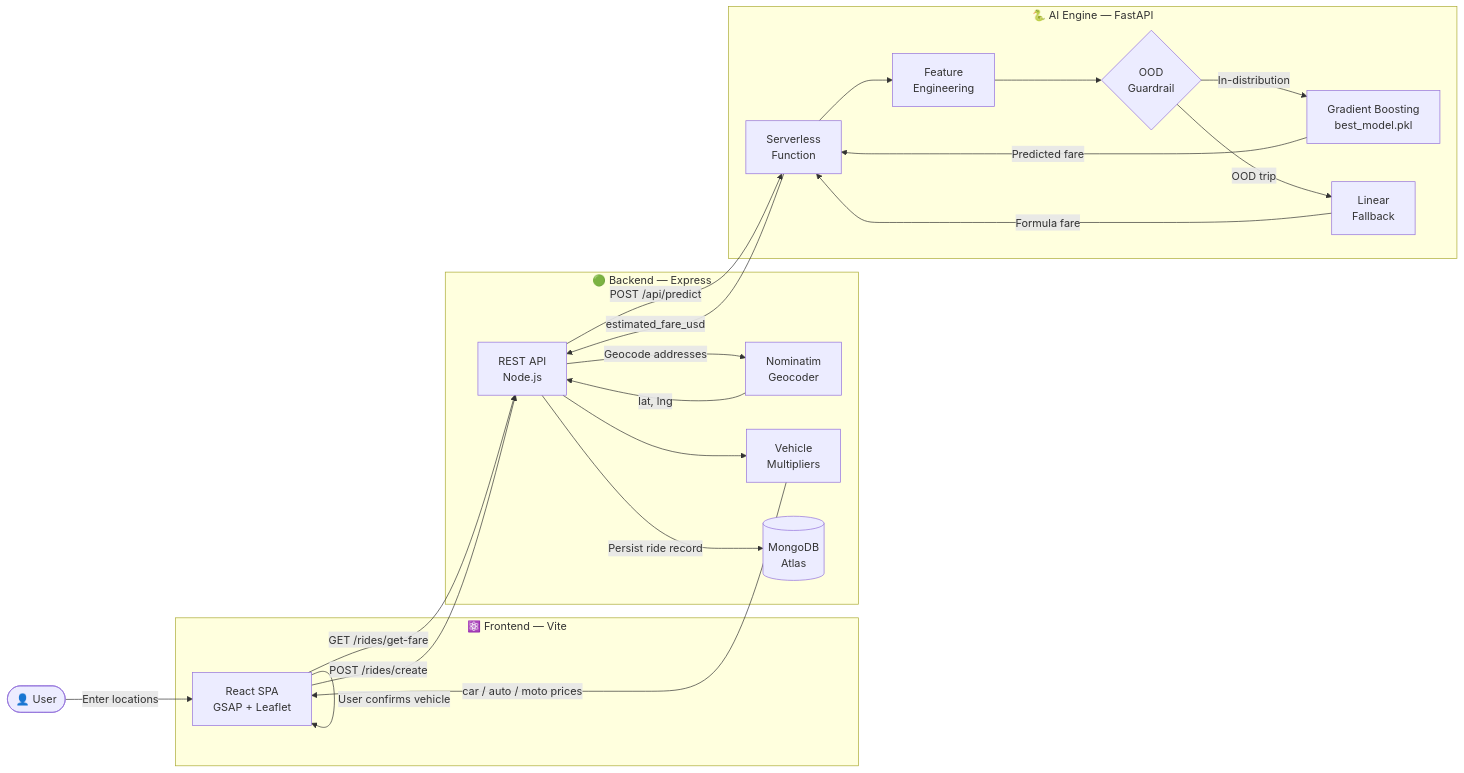
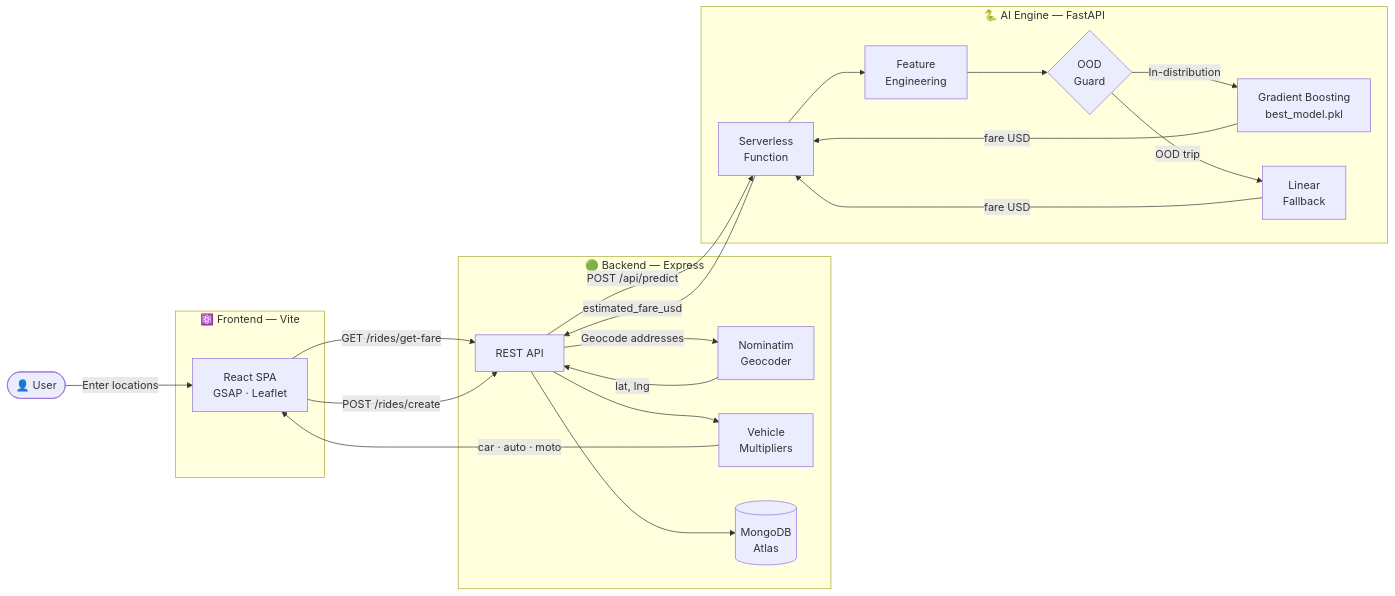
The diagram in README.md (HassanAhmed2Ha/uber-dynamic-pricing-platform), drawn with Mermaid before and after one commit. The commit also changed other lines of this file, not shown here.

````diff
--- a/README.md
+++ b/README.md
@@ -48,41 +34,38 @@
 ```mermaid
 graph LR
     User(["👤 User"])
 
     subgraph FE ["⚛️ Frontend — Vite"]
-        UI["React SPA<br>GSAP + Leaflet"]
+        UI["React SPA<br>GSAP · Leaflet"]
     end
 
     subgraph BE ["🟢 Backend — Express"]
-        API["REST API<br>Node.js"]
+        API["REST API"]
         GEO["Nominatim<br>Geocoder"]
         MULT["Vehicle<br>Multipliers"]
         DB[("MongoDB<br>Atlas")]
     end
 
     subgraph AI ["🐍 AI Engine — FastAPI"]
         FN["Serverless<br>Function"]
         ENG["Feature<br>Engineering"]
-        OOD{"OOD<br>Guardrail"}
+        OOD{"OOD<br>Guard"}
         MODEL["Gradient Boosting<br>best_model.pkl"]
         LINEAR["Linear<br>Fallback"]
     end
 
     User -->|"Enter locations"| UI
     UI -->|"GET /rides/get-fare"| API
     API -->|"Geocode addresses"| GEO
     GEO -->|"lat, lng"| API
     API -->|"POST /api/predict"| FN
-    FN --> ENG
-    ENG --> OOD
+    FN --> ENG --> OOD
     OOD -->|"In-distribution"| MODEL
     OOD -->|"OOD trip"| LINEAR
-    MODEL -->|"Predicted fare"| FN
-    LINEAR -->|"Formula fare"| FN
+    MODEL -->|"fare USD"| FN
+    LINEAR -->|"fare USD"| FN
     FN -->|"estimated_fare_usd"| API
-    API --> MULT
-    MULT -->|"car / auto / moto prices"| UI
-    UI -->|"User confirms vehicle"| UI
+    API --> MULT -->|"car · auto · moto"| UI
     UI -->|"POST /rides/create"| API
-    API -->|"Persist ride record"| DB
+    API --> DB
 ```
````
